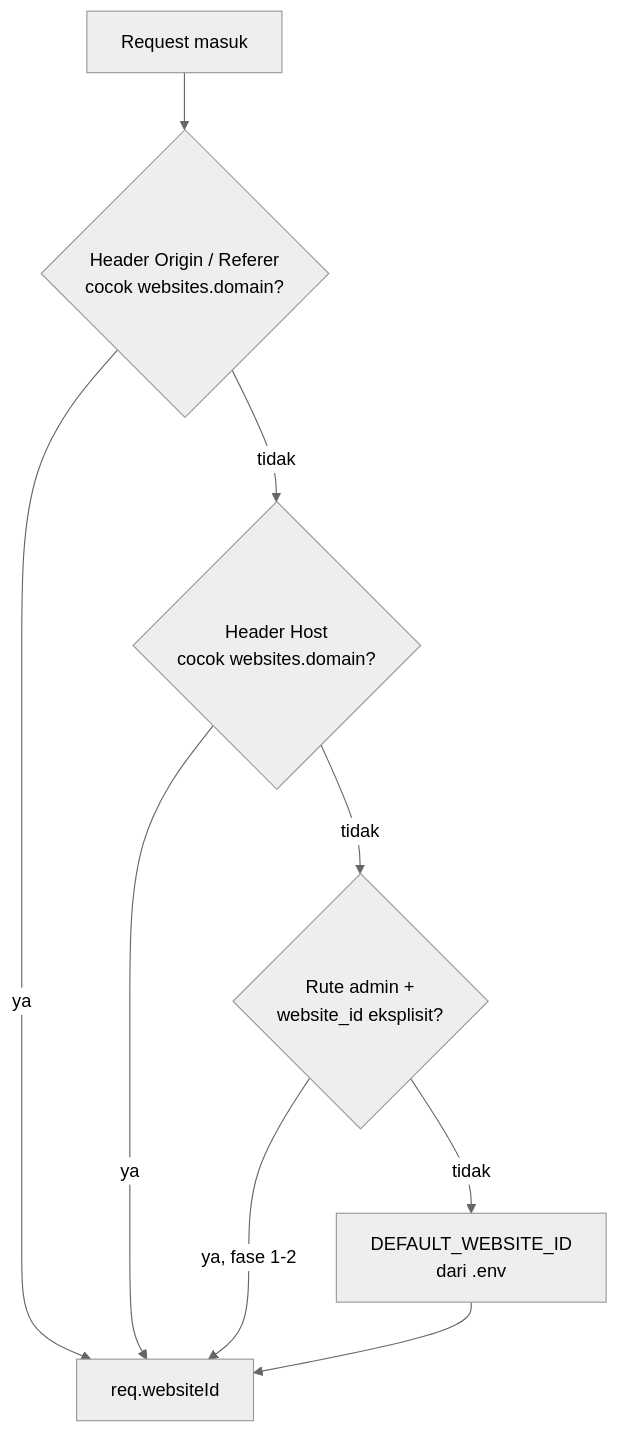
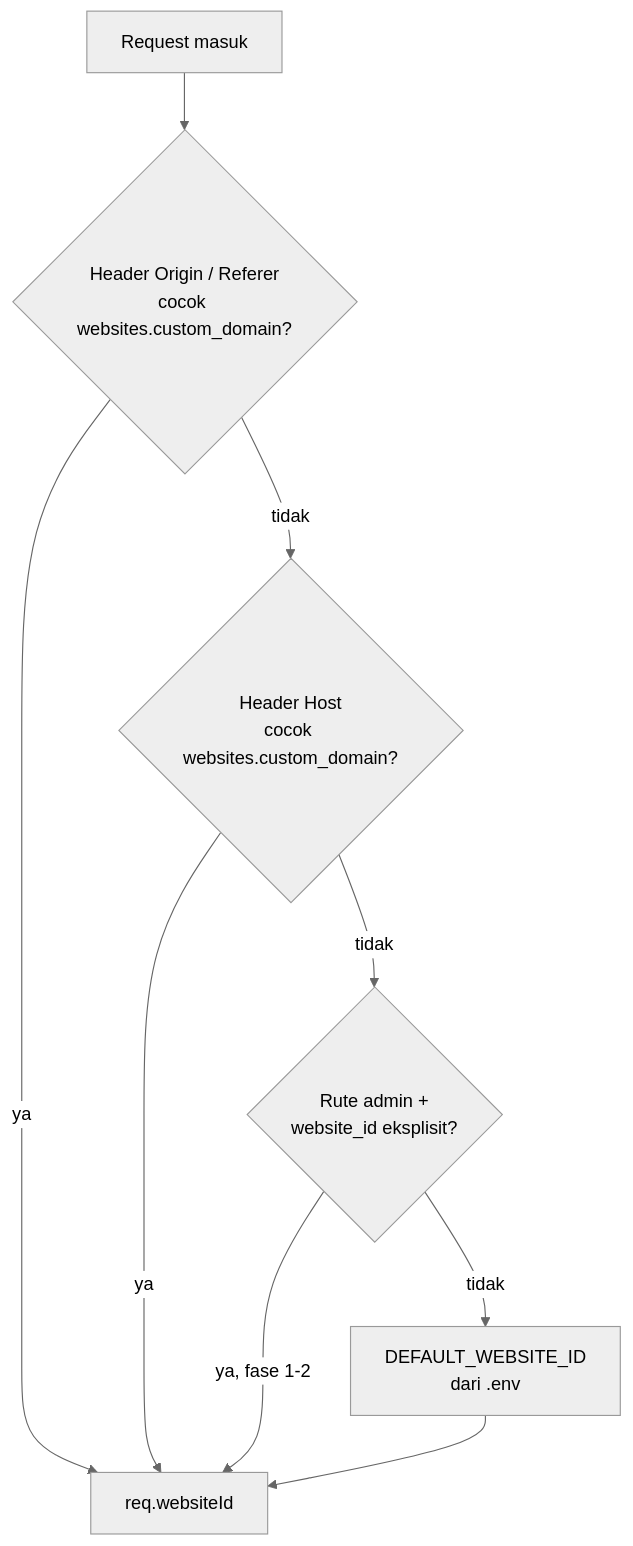
Before and after one commit to syahdew0/melody_template-generator: the second of 4 diagrams in ARSITEKTUR-TARGET-MULTITENANT.md, drawn with Mermaid (neutral theme). The commit also changed other lines of this file and 4 other files, not shown here.

````diff
--- a/ARSITEKTUR-TARGET-MULTITENANT.md
+++ b/ARSITEKTUR-TARGET-MULTITENANT.md
@@ -125,11 +127,11 @@
 ```mermaid
 flowchart TB
-  A["Request masuk"] --> B{"Header Origin / Referer<br/>cocok websites.domain?"}
+  A["Request masuk"] --> B{"Header Origin / Referer<br/>cocok websites.custom_domain?"}
   B -->|ya| R["req.websiteId"]
-  B -->|tidak| C{"Header Host<br/>cocok websites.domain?"}
+  B -->|tidak| C{"Header Host<br/>cocok websites.custom_domain?"}
   C -->|ya| R
   C -->|tidak| D{"Rute admin +<br/>website_id eksplisit?"}
   D -->|ya, fase 1-2| R
   D -->|tidak| E["DEFAULT_WEBSITE_ID<br/>dari .env"]
   E --> R
 ```
````
